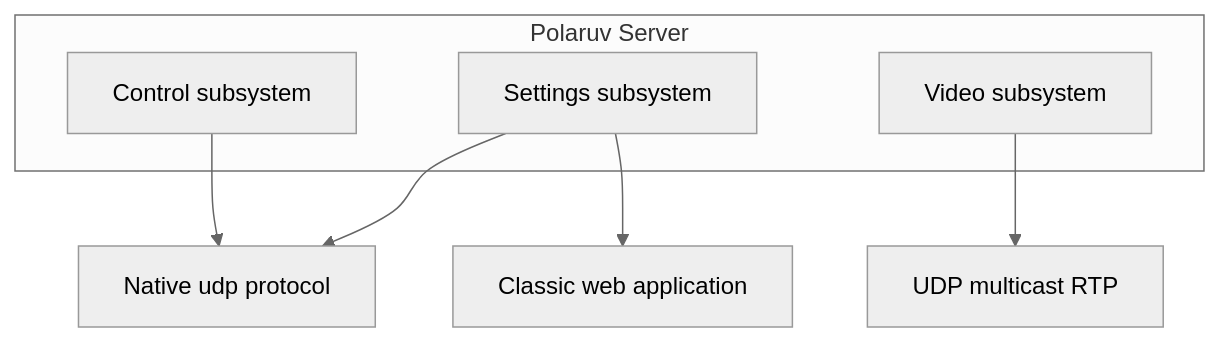
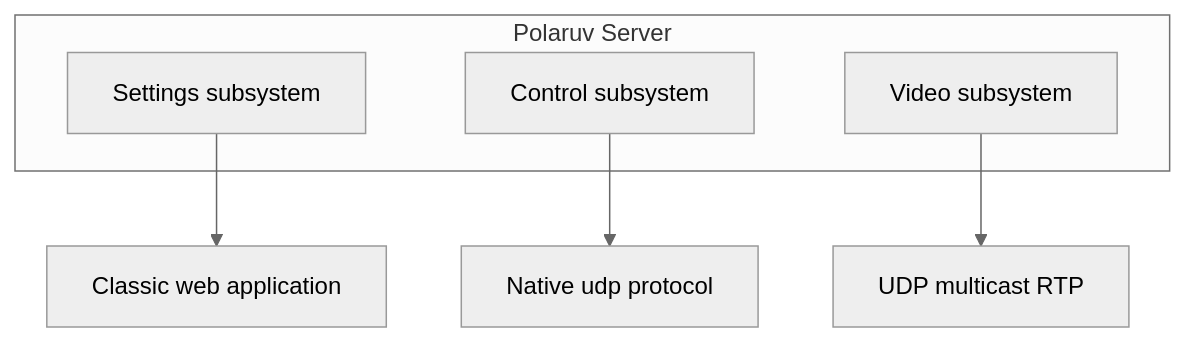
One commit to PolarUV/polaruv changed the first of 2 diagrams in README.md. Above: the diagram before and after it, drawn with Mermaid (neutral theme). The commit also changed other lines of this file, not shown here.

Commit message:
Update diagram

````diff
--- a/README.md
+++ b/README.md
@@ -5,18 +5,18 @@
 ```mermaid
 flowchart TB
     subgraph Polaruv Server
         Settings["`Settings subsystem`"]
         Control["`Control subsystem`"]
         Video["`Video subsystem`"]
         
     end
 
     UDP["`Native udp protocol`"]
     RTP["`UDP multicast RTP`"]
     Web["`Classic web application`"]
 
-    Settings --> UDP
+
     Settings --> Web
     Control --> UDP
     Video --> RTP
 ```
````
